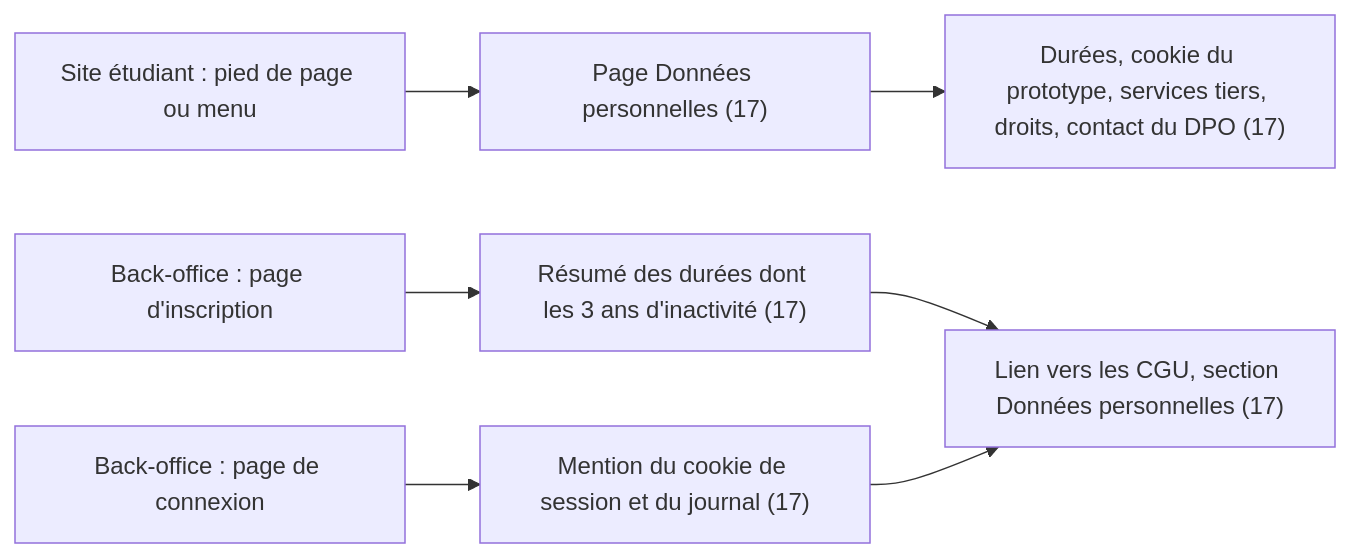
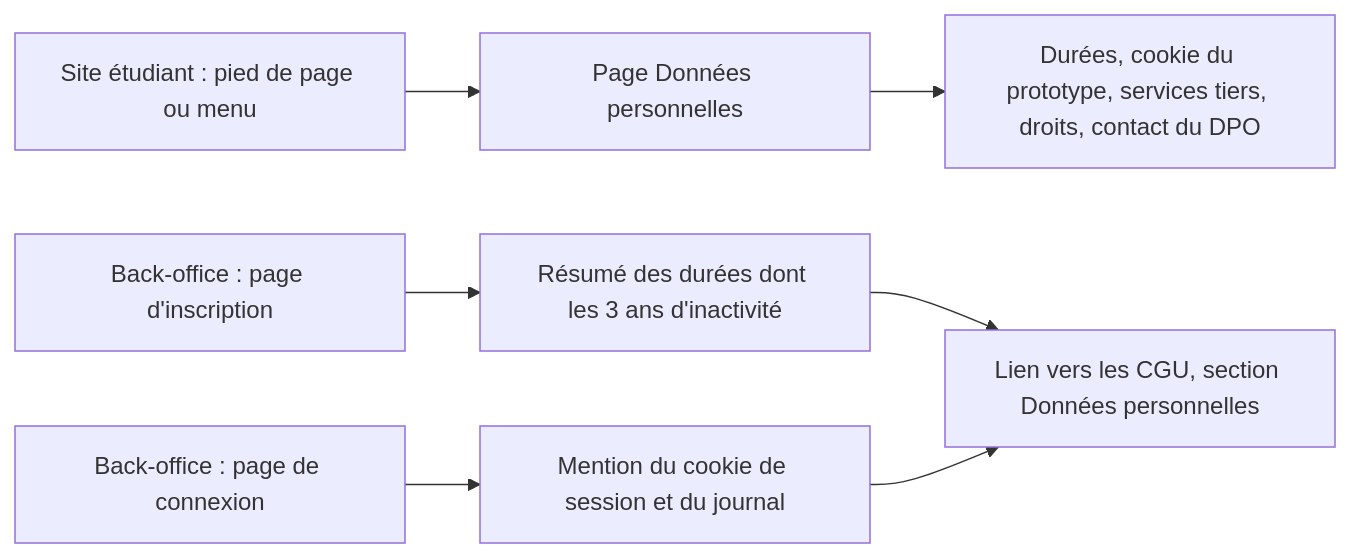
Before and after one commit to Korrighed/safe-campus-back: diagram 12 of 12 in docs/cahier-des-charges-techniques.md, drawn with Mermaid. The commit also changed other lines of this file and 42 other files, not shown here.

````diff
--- a/docs/cahier-des-charges-techniques.md
+++ b/docs/cahier-des-charges-techniques.md
@@ -471,9 +543,9 @@
 ```mermaid
 flowchart LR
-  A["Site étudiant : pied de page ou menu"] --> B["Page Données personnelles (17)"]
-  B --> C["Durées, cookie du prototype, services tiers, droits, contact du DPO (17)"]
-  D["Back-office : page d'inscription"] --> E["Résumé des durées dont les 3 ans d'inactivité (17)"]
-  E --> F["Lien vers les CGU, section Données personnelles (17)"]
-  G["Back-office : page de connexion"] --> H["Mention du cookie de session et du journal (17)"]
+  A["Site étudiant : pied de page ou menu"] --> B["Page Données personnelles"]
+  B --> C["Durées, cookie du prototype, services tiers, droits, contact du DPO"]
+  D["Back-office : page d'inscription"] --> E["Résumé des durées dont les 3 ans d'inactivité"]
+  E --> F["Lien vers les CGU, section Données personnelles"]
+  G["Back-office : page de connexion"] --> H["Mention du cookie de session et du journal"]
   H --> F
 ```
````
